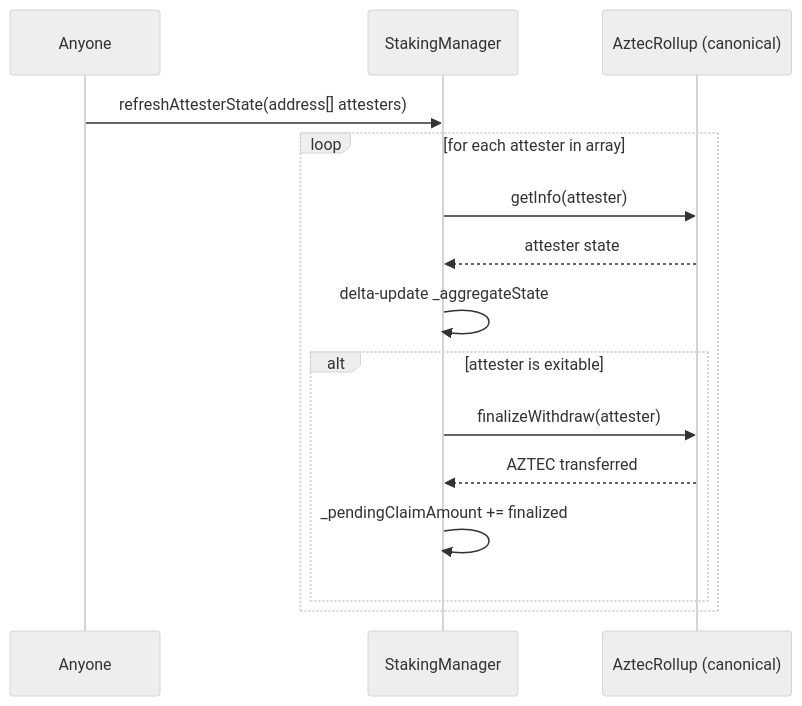
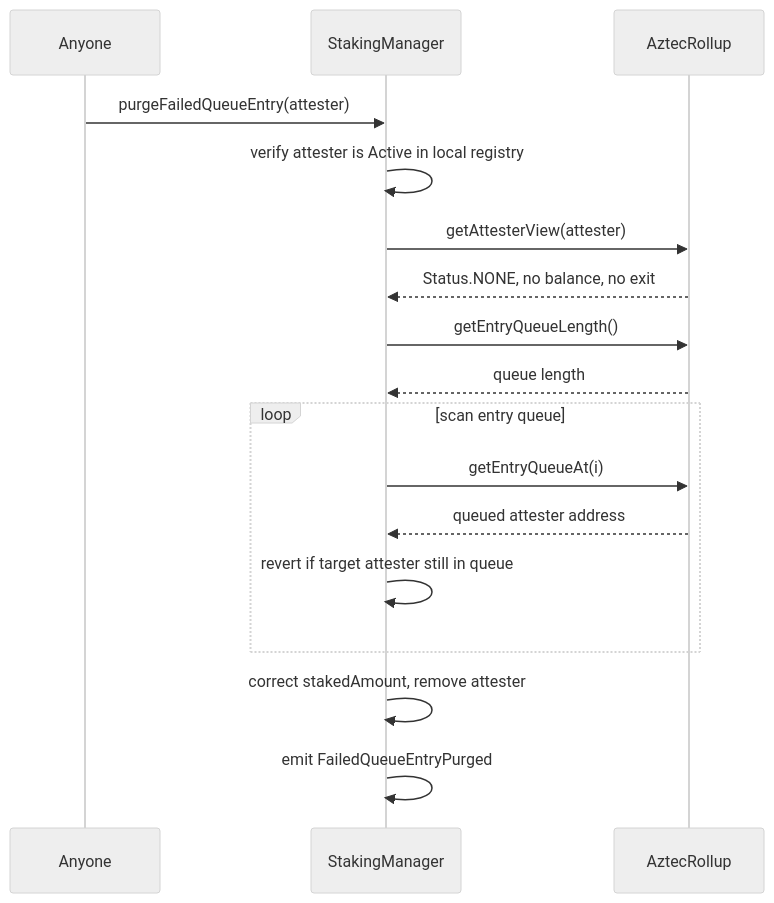
The second of 10 diagrams in docs/architecture/operator-actions.md (ollafinance/core), drawn with Mermaid (neutral theme) before and after one commit. The commit also changed other lines of this file and 27 other files, not shown here.

First line of the commit message:
fix: track exit-delay slashing, add purgeFailedQueueEntry recovery, and exit-delay test coverage (#353)

````diff
--- a/docs/architecture/operator-actions.md
+++ b/docs/architecture/operator-actions.md
@@ -11,18 +48,20 @@
 ```mermaid
 sequenceDiagram
     participant A as Anyone
     participant SM as StakingManager
-    participant AR as AztecRollup (canonical)
+    participant AR as AztecRollup
 
-    A->>SM: refreshAttesterState(address[] attesters)
-    loop for each attester in array
-        SM->>AR: getInfo(attester)
-        AR-->>SM: attester state
-        SM->>SM: delta-update _aggregateState
-        alt attester is exitable
-            SM->>AR: finalizeWithdraw(attester)
-            AR-->>SM: AZTEC transferred
-            SM->>SM: _pendingClaimAmount += finalized
-        end
+    A->>SM: purgeFailedQueueEntry(attester)
+    SM->>SM: verify attester is Active in local registry
+    SM->>AR: getAttesterView(attester)
+    AR-->>SM: Status.NONE, no balance, no exit
+    SM->>AR: getEntryQueueLength()
+    AR-->>SM: queue length
+    loop scan entry queue
+        SM->>AR: getEntryQueueAt(i)
+        AR-->>SM: queued attester address
+        SM->>SM: revert if target attester still in queue
     end
+    SM->>SM: correct stakedAmount, remove attester
+    SM->>SM: emit FailedQueueEntryPurged
 ```
````
